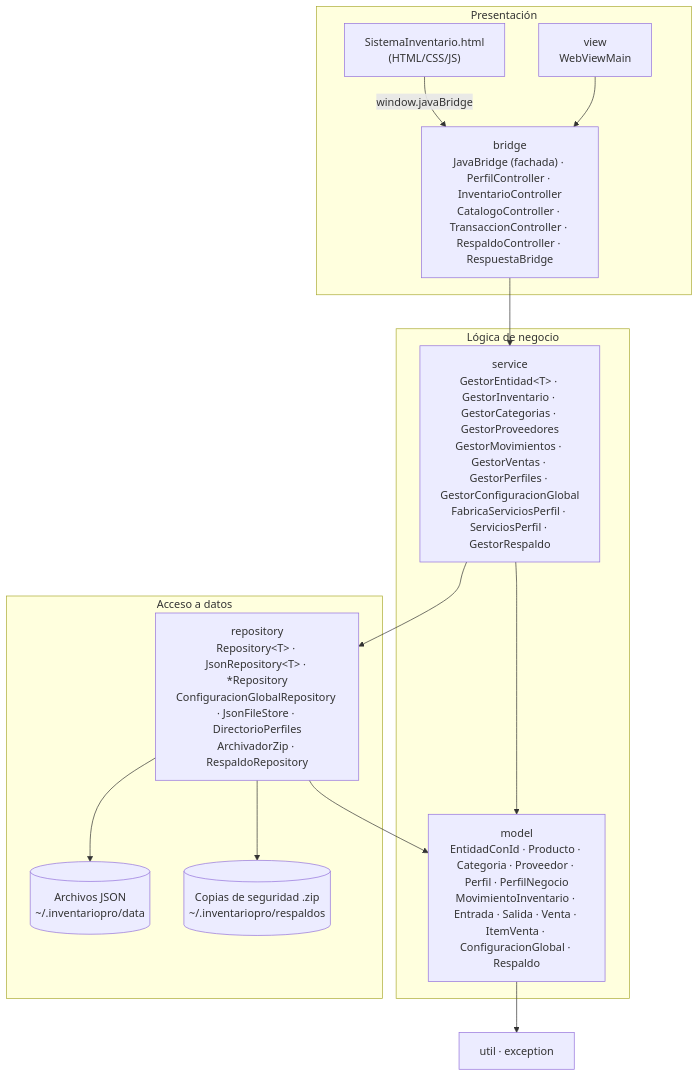
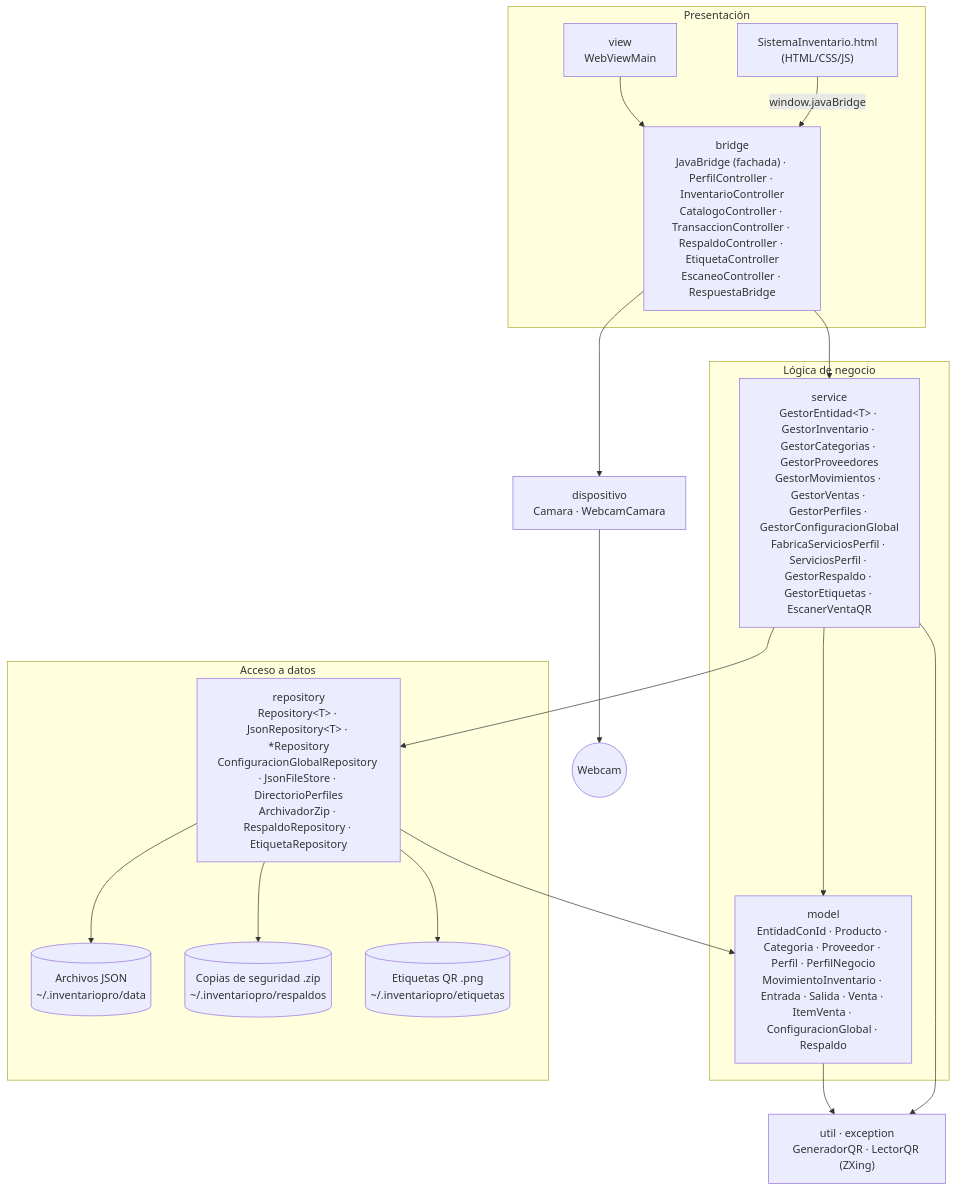
One commit to kjhosepmercadom/TBalance changed the first of 2 diagrams in docs/ARQUITECTURA.md. Above: the diagram before and after it, drawn with Mermaid. The commit also changed other lines of this file and 2 other files, not shown here.

````diff
--- a/docs/ARQUITECTURA.md
+++ b/docs/ARQUITECTURA.md
@@ -7,28 +7,35 @@
 ```mermaid
 flowchart TB
     subgraph Presentacion["Presentación"]
         HTML["SistemaInventario.html<br/>(HTML/CSS/JS)"]
         VIEW["view<br/>WebViewMain"]
-        BRIDGE["bridge<br/>JavaBridge (fachada) · PerfilController · InventarioController<br/>CatalogoController · TransaccionController · RespaldoController · RespuestaBridge"]
+        BRIDGE["bridge<br/>JavaBridge (fachada) · PerfilController · InventarioController<br/>CatalogoController · TransaccionController · RespaldoController · EtiquetaController<br/>EscaneoController · RespuestaBridge"]
     end
     subgraph Negocio["Lógica de negocio"]
-        SERVICE["service<br/>GestorEntidad&lt;T&gt; · GestorInventario · GestorCategorias · GestorProveedores<br/>GestorMovimientos · GestorVentas · GestorPerfiles · GestorConfiguracionGlobal<br/>FabricaServiciosPerfil · ServiciosPerfil · GestorRespaldo"]
+        SERVICE["service<br/>GestorEntidad&lt;T&gt; · GestorInventario · GestorCategorias · GestorProveedores<br/>GestorMovimientos · GestorVentas · GestorPerfiles · GestorConfiguracionGlobal<br/>FabricaServiciosPerfil · ServiciosPerfil · GestorRespaldo · GestorEtiquetas · EscanerVentaQR"]
         MODEL["model<br/>EntidadConId · Producto · Categoria · Proveedor · Perfil · PerfilNegocio<br/>MovimientoInventario · Entrada · Salida · Venta · ItemVenta · ConfiguracionGlobal · Respaldo"]
     end
     subgraph Datos["Acceso a datos"]
-        REPO["repository<br/>Repository&lt;T&gt; · JsonRepository&lt;T&gt; · *Repository<br/>ConfiguracionGlobalRepository · JsonFileStore · DirectorioPerfiles<br/>ArchivadorZip · RespaldoRepository"]
+        REPO["repository<br/>Repository&lt;T&gt; · JsonRepository&lt;T&gt; · *Repository<br/>ConfiguracionGlobalRepository · JsonFileStore · DirectorioPerfiles<br/>ArchivadorZip · RespaldoRepository · EtiquetaRepository"]
         JSON[("Archivos JSON<br/>~/.inventariopro/data")]
         ZIP[("Copias de seguridad .zip<br/>~/.inventariopro/respaldos")]
+        PNG[("Etiquetas QR .png<br/>~/.inventariopro/etiquetas")]
     end
-    UTIL["util · exception"]
+    UTIL["util · exception<br/>GeneradorQR · LectorQR (ZXing)"]
+    DISP["dispositivo<br/>Camara · WebcamCamara"]
+    CAM(("Webcam"))
 
     HTML -- "window.javaBridge" --> BRIDGE
     VIEW --> BRIDGE
     BRIDGE --> SERVICE
     SERVICE --> REPO
     SERVICE --> MODEL
     REPO --> MODEL
     REPO --> JSON
     REPO --> ZIP
+    REPO --> PNG
+    SERVICE --> UTIL
+    BRIDGE --> DISP
+    DISP --> CAM
     MODEL --> UTIL
 ```
````
